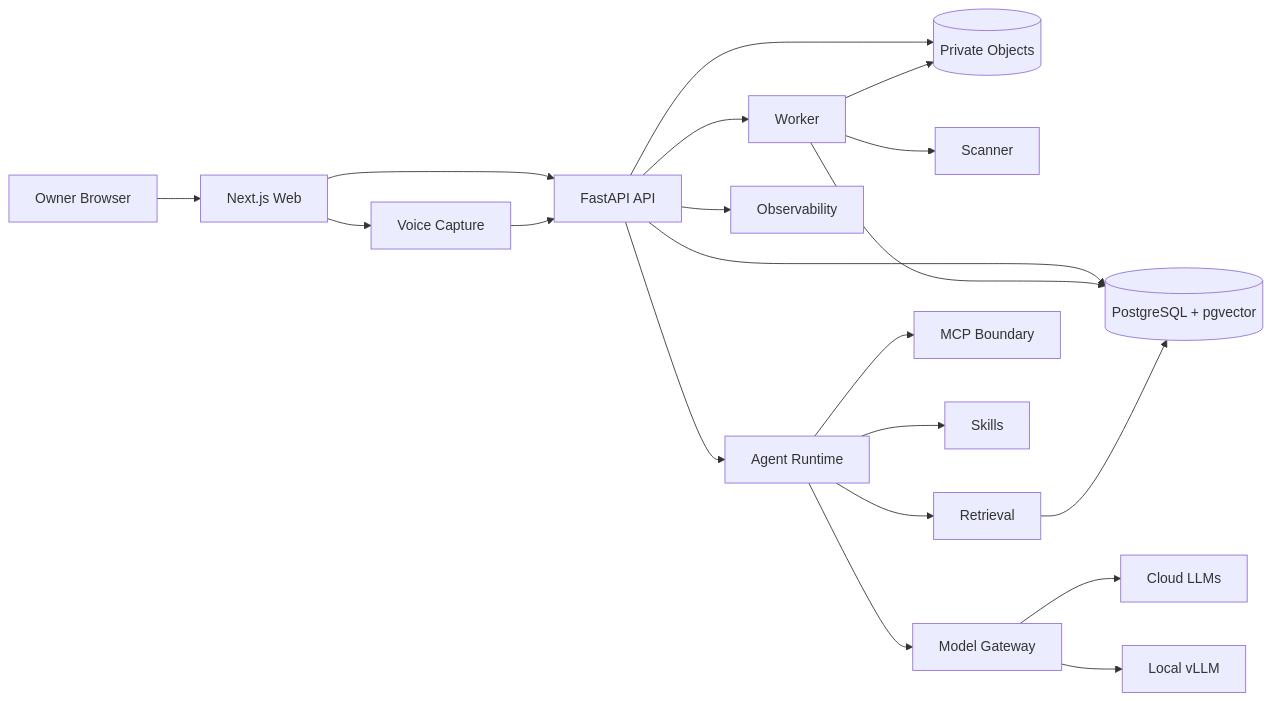
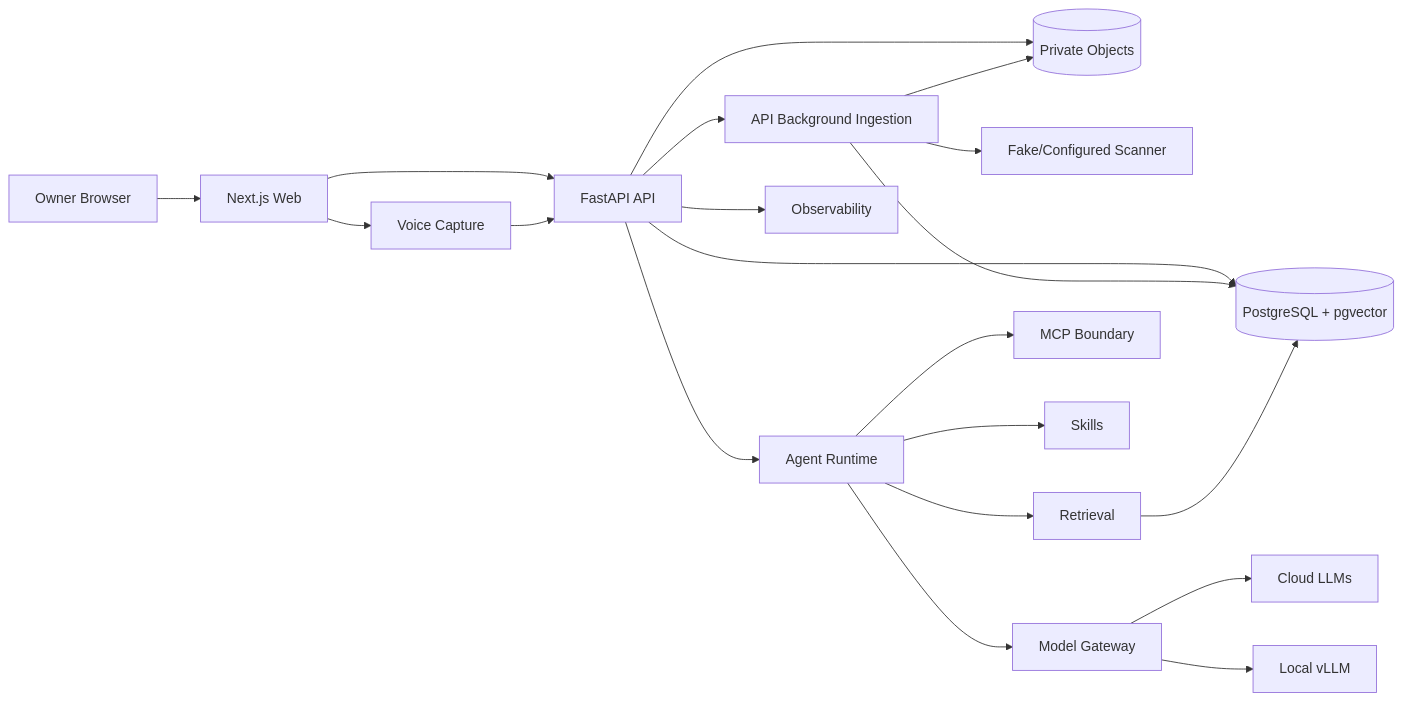
Before and after one commit to GregB712/Loomi-Brain: the first of 3 diagrams in README.md, drawn with Mermaid. The commit also changed other lines of this file and 21 other files, not shown here.

````diff
--- a/README.md
+++ b/README.md
@@ -22,22 +22,22 @@
 ```mermaid
 flowchart LR
   Owner[Owner Browser] --> Web[Next.js Web]
   Web --> API[FastAPI API]
   API --> DB[(PostgreSQL + pgvector)]
   API --> Objects[(Private Objects)]
-  API --> Worker[Worker]
-  Worker --> DB
-  Worker --> Objects
-  Worker --> Scan[Scanner]
+  API --> Ingest[API Background Ingestion]
+  Ingest --> DB
+  Ingest --> Objects
+  Ingest --> Scan[Fake/Configured Scanner]
   API --> Agent[Agent Runtime]
   Agent --> Retrieval[Retrieval]
   Retrieval --> DB
   Agent --> Models[Model Gateway]
   Models --> Cloud[Cloud LLMs]
   Models --> Local[Local vLLM]
   Agent --> MCP[MCP Boundary]
   Agent --> Skills[Skills]
   API --> Obs[Observability]
   Web --> Voice[Voice Capture]
   Voice --> API
 ```
````
